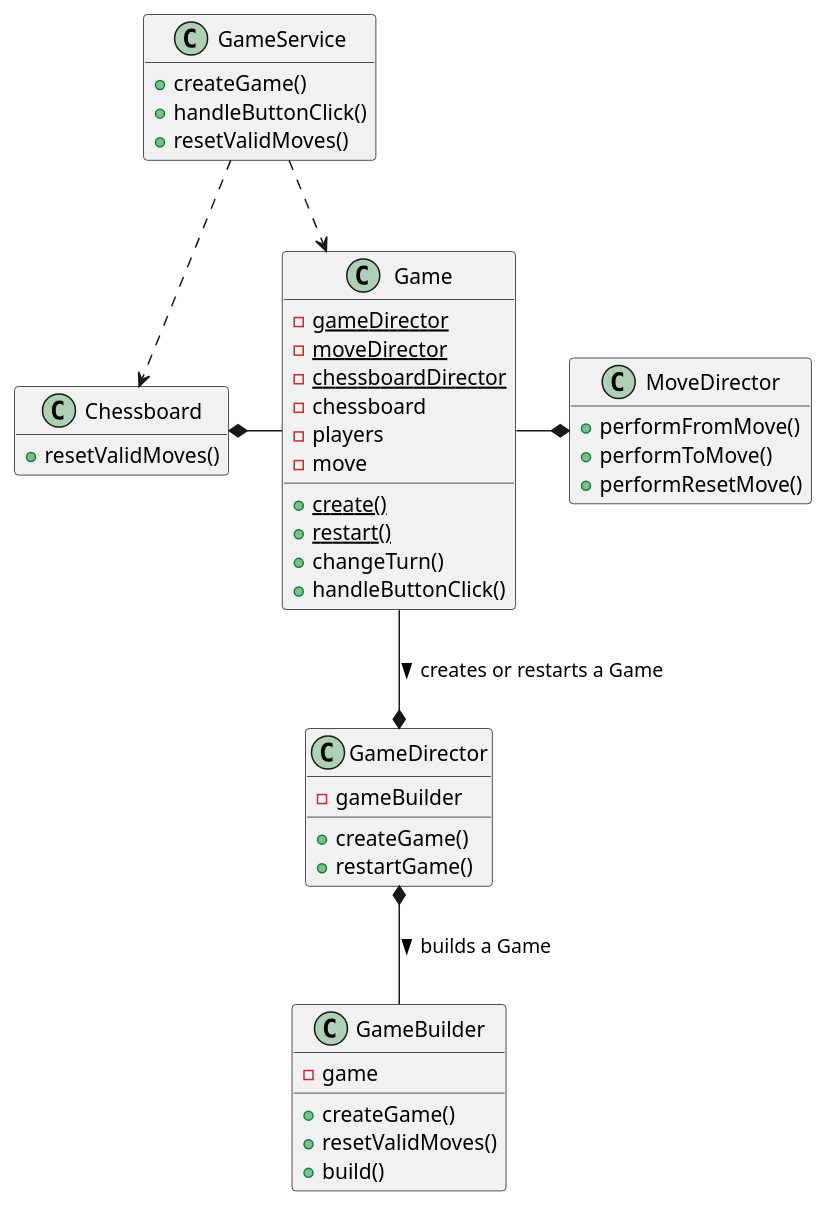
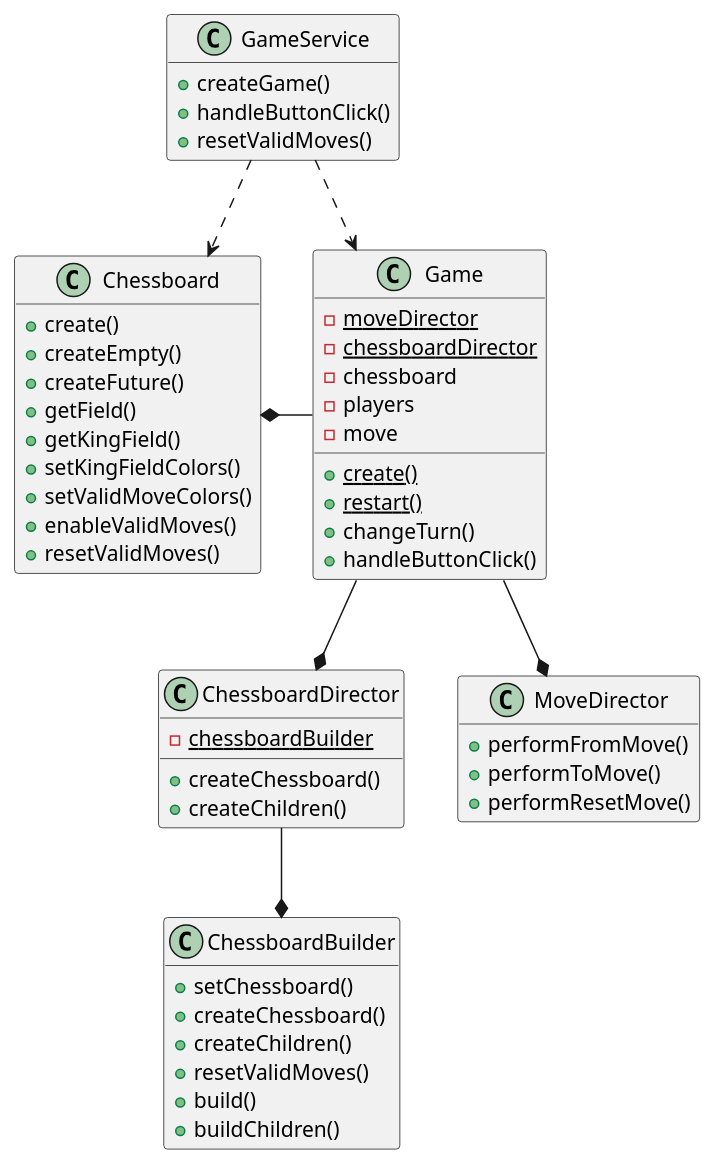
One commit to tiktaalick/chess-with-database changed the diagram in game/src/main/resources/uml/game.puml. Above: the diagram before and after it, drawn with PlantUML. The commit also changed 9 other files, not shown here.

```diff
--- a/game/src/main/resources/uml/game.puml
+++ b/game/src/main/resources/uml/game.puml
@@ -1,63 +1,72 @@
 @startuml
 
 '--------------'
 'Hidden members'
 '--------------'
 hide empty members
 
 '----'
 'Game'
 '----'
+class GameService {
+    + createGame()
+    + handleButtonClick()
+    + resetValidMoves()
+}
+
 class Game {
-    - {static} gameDirector
     - {static} moveDirector
     - {static} chessboardDirector
     - chessboard
     - players
     - move
     + {static} create()
     + {static} restart()
     + changeTurn()
     + handleButtonClick()
 }
 
-class GameDirector {
-    - gameBuilder
-    + createGame()
-    + restartGame()
-}
-
-class GameBuilder {
-    - game
-    + createGame()
-    + resetValidMoves()
-    + build()
-}
-
-class GameService {
-    + createGame()
-    + handleButtonClick()
+class Chessboard {
+    + create()
+    + createEmpty()
+    + createFuture()
+    + getField()
+    + getKingField()
+    + setKingFieldColors()
+    + setValidMoveColors()
+    + enableValidMoves()
     + resetValidMoves()
 }
 
-class Chessboard {
+class ChessboardDirector {
+    - {static} chessboardBuilder
+    + createChessboard()
+    + createChildren()
+}
+
+class ChessboardBuilder {
+    + setChessboard()
+    + createChessboard()
+    + createChildren()
     + resetValidMoves()
+    + build()
+    + buildChildren()
 }
 
 class MoveDirector {
     + performFromMove()
     + performToMove()
     + performResetMove()
 }
 
 '---------'
 'Relations'
 '---------'
 GameService ..> Game
 GameService ..> Chessboard
 Game -left-* Chessboard
-Game -right-* MoveDirector
-Game --* GameDirector : creates or restarts a Game >
-GameDirector *-- GameBuilder : builds a Game >
+Game -down-* MoveDirector
+Game -down-* ChessboardDirector
+ChessboardDirector --* ChessboardBuilder
 
 @enduml
```
